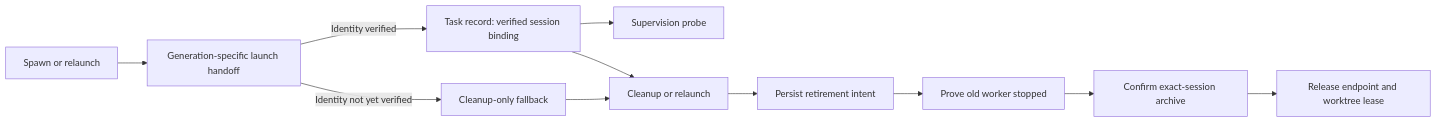
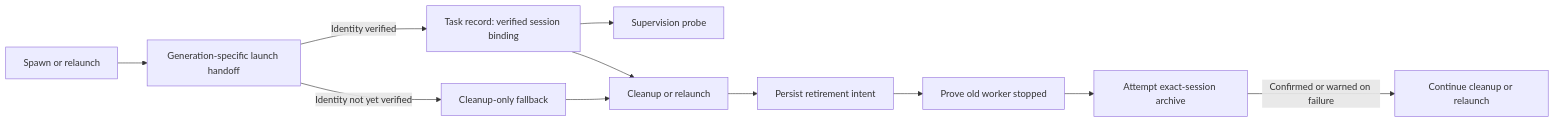
One commit to davidtandoh/firstmate changed the second of 5 diagrams in docs/omnigent.md. Above: the diagram before and after it, drawn with Mermaid. The commit also changed other lines of this file and 3 other files, not shown here.

````diff
--- a/docs/omnigent.md
+++ b/docs/omnigent.md
@@ -64,13 +64,13 @@
 ```mermaid
 flowchart LR
     launch[Spawn or relaunch] --> handoff[Generation-specific launch handoff]
     handoff -->|Identity verified| record[Task record: verified session binding]
     handoff -->|Identity not yet verified| fallback[Cleanup-only fallback]
     record --> watch[Supervision probe]
     record --> retire[Cleanup or relaunch]
     fallback --> retire
     retire --> intent[Persist retirement intent]
     intent --> stop[Prove old worker stopped]
-    stop --> archive[Confirm exact-session archive]
-    archive --> release[Release endpoint and worktree lease]
+    stop --> archive[Attempt exact-session archive]
+    archive -->|Confirmed or warned on failure| release[Continue cleanup or relaunch]
 ```
````
